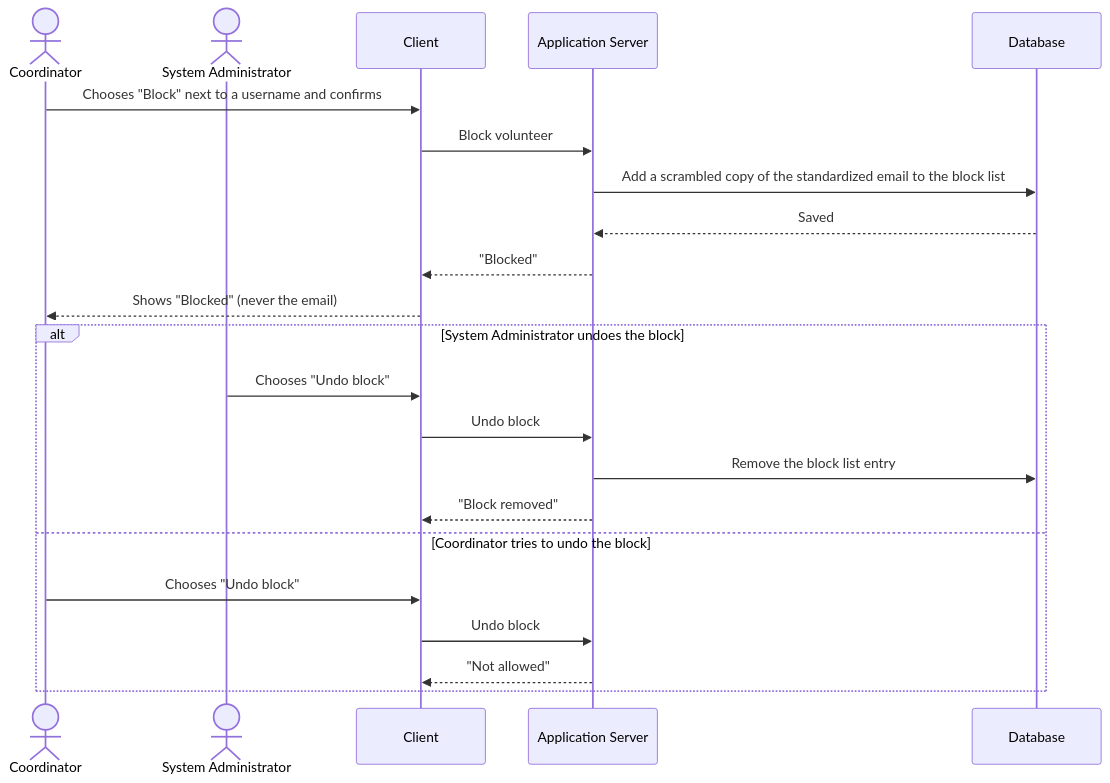
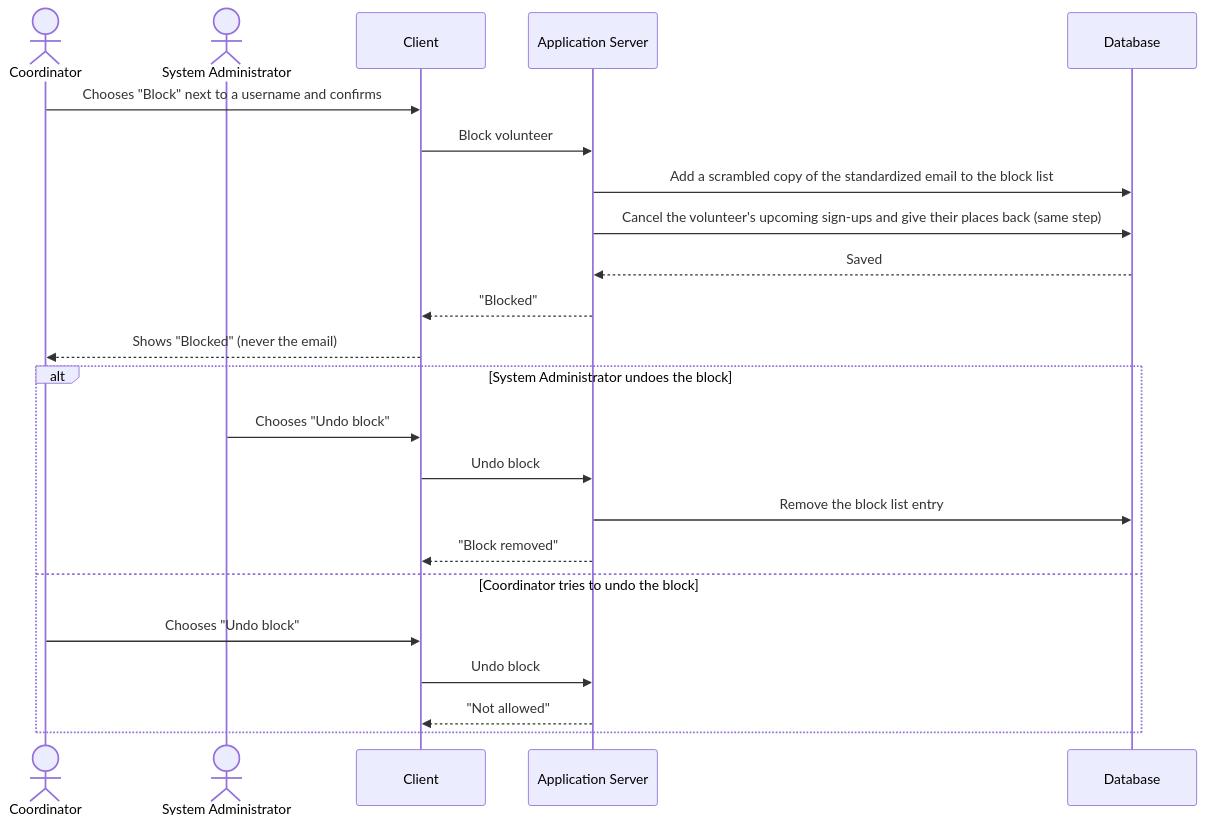
One commit to b0ts/ai_assisted_sdlc_workflow changed the eighth of 9 diagrams in samples/BeautifulBeachParkVolunteers/docs/d04-01-spec.md. Above: the diagram before and after it, drawn with Mermaid. The commit also changed other lines of this file and 26 other files, not shown here.

````diff
--- a/samples/BeautifulBeachParkVolunteers/docs/d04-01-spec.md
+++ b/samples/BeautifulBeachParkVolunteers/docs/d04-01-spec.md
@@ -282,24 +292,25 @@
 ```mermaid
 sequenceDiagram
     actor K as Coordinator
     actor A as System Administrator
     participant C as Client
     participant S as Application Server
     participant DB as Database
     K->>C: Chooses "Block" next to a username and confirms
     C->>S: Block volunteer
     S->>DB: Add a scrambled copy of the standardized email to the block list
+    S->>DB: Cancel the volunteer's upcoming sign-ups and give their places back (same step)
     DB-->>S: Saved
     S-->>C: "Blocked"
     C-->>K: Shows "Blocked" (never the email)
     alt System Administrator undoes the block
         A->>C: Chooses "Undo block"
         C->>S: Undo block
         S->>DB: Remove the block list entry
         S-->>C: "Block removed"
     else Coordinator tries to undo the block
         K->>C: Chooses "Undo block"
         C->>S: Undo block
         S-->>C: "Not allowed"
     end
 ```
````
